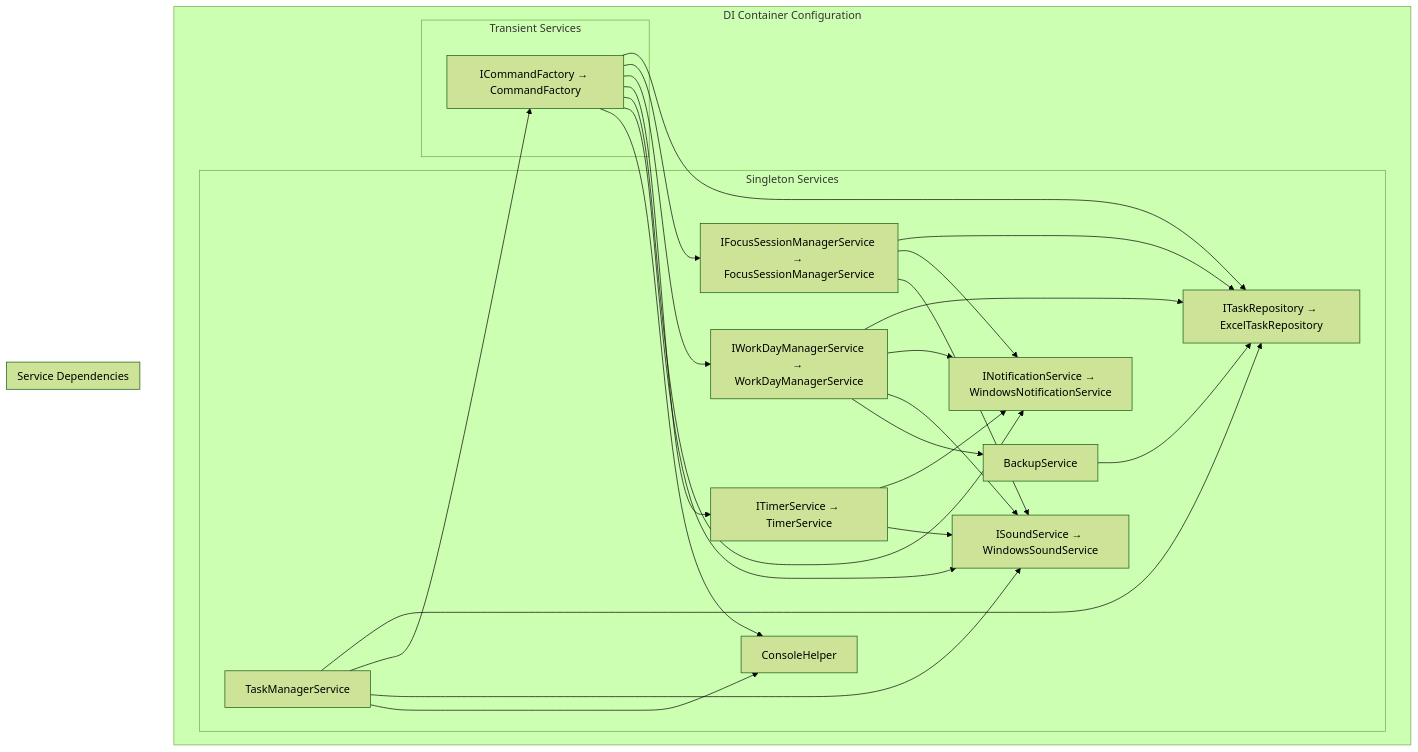
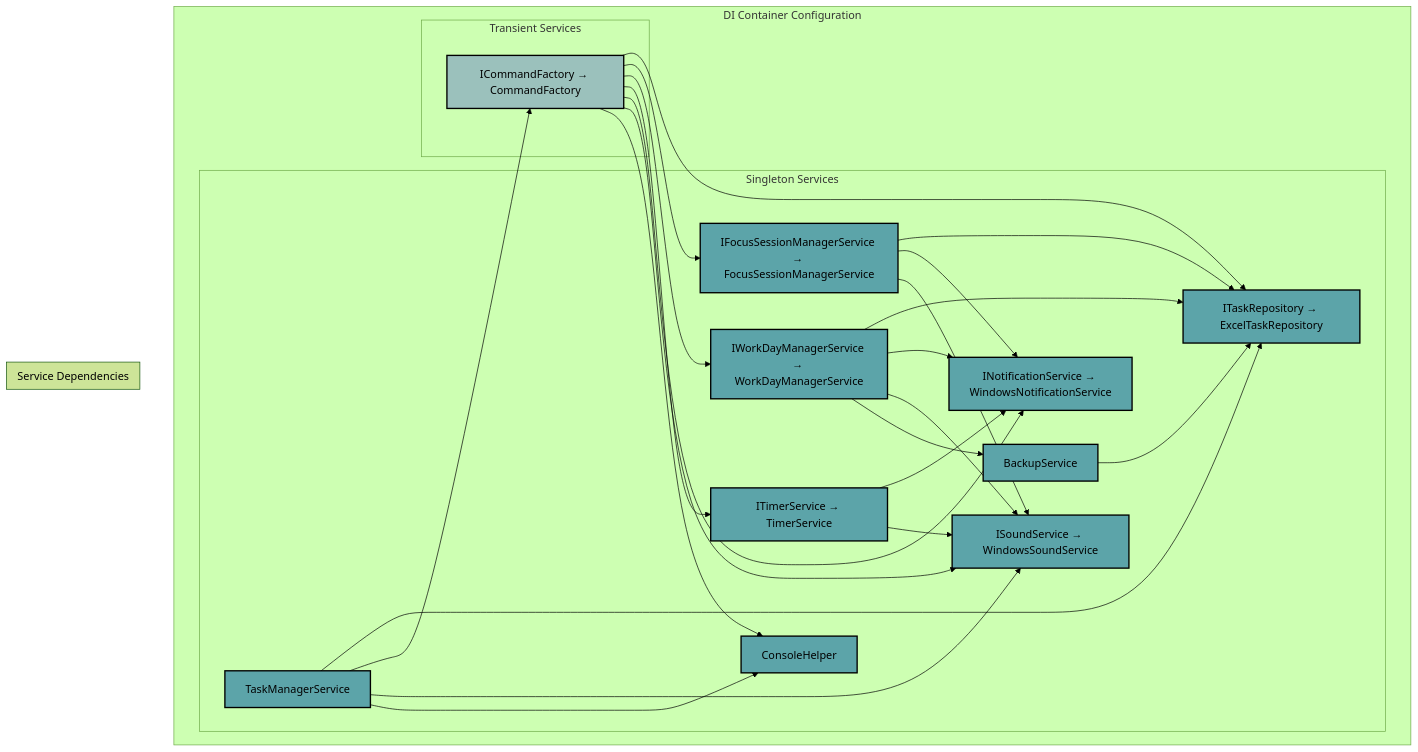
Before and after one commit to nirajpant07/TaskManagerCLI: the sixth of 6 diagrams in ARCHITECTURE.md, drawn with Mermaid (forest theme). The commit also changed other lines of this file, not shown here.

First line of the commit message:
style: Update Mermaid diagrams with improved color scheme and layout

````diff
--- a/ARCHITECTURE.md
+++ b/ARCHITECTURE.md
@@ -470,49 +501,58 @@
 ```mermaid
 graph TB
     subgraph "DI Container Configuration"
         subgraph "Singleton Services"
             REPO[ITaskRepository → ExcelTaskRepository]
             FSM[IFocusSessionManagerService → FocusSessionManagerService]
             WDM[IWorkDayManagerService → WorkDayManagerService]
             TS[ITimerService → TimerService]
             NOTIFY[INotificationService → WindowsNotificationService]
             SOUND[ISoundService → WindowsSoundService]
             BS[BackupService]
             CH[ConsoleHelper]
             TM[TaskManagerService]
         end
         
         subgraph "Transient Services"
             CF[ICommandFactory → CommandFactory]
         end
     end
 
     subgraph "Service Dependencies"
         TM --> REPO
         TM --> CF
         TM --> SOUND
         TM --> CH
         
         FSM --> REPO
         FSM --> NOTIFY
         FSM --> SOUND
         
         WDM --> REPO
         WDM --> NOTIFY
         WDM --> SOUND
         WDM --> BS
         
         TS --> NOTIFY
         TS --> SOUND
         
         BS --> REPO
         
         CF --> REPO
         CF --> FSM
         CF --> WDM
         CF --> TS
         CF --> NOTIFY
         CF --> SOUND
         CF --> CH
     end
+
+    %% Styling
+    classDef diContainer fill:#E6EBE0,stroke:#000000,stroke-width:2px,color:#000000
+    classDef singletonServices fill:#5CA4A9,stroke:#000000,stroke-width:2px,color:#000000
+    classDef transientServices fill:#9BC1BC,stroke:#000000,stroke-width:2px,color:#000000
+    classDef dependencies fill:#F4F1BB,stroke:#000000,stroke-width:2px,color:#000000
+
+    class REPO,FSM,WDM,TS,NOTIFY,SOUND,BS,CH,TM singletonServices
+    class CF transientServices
 ```
````
